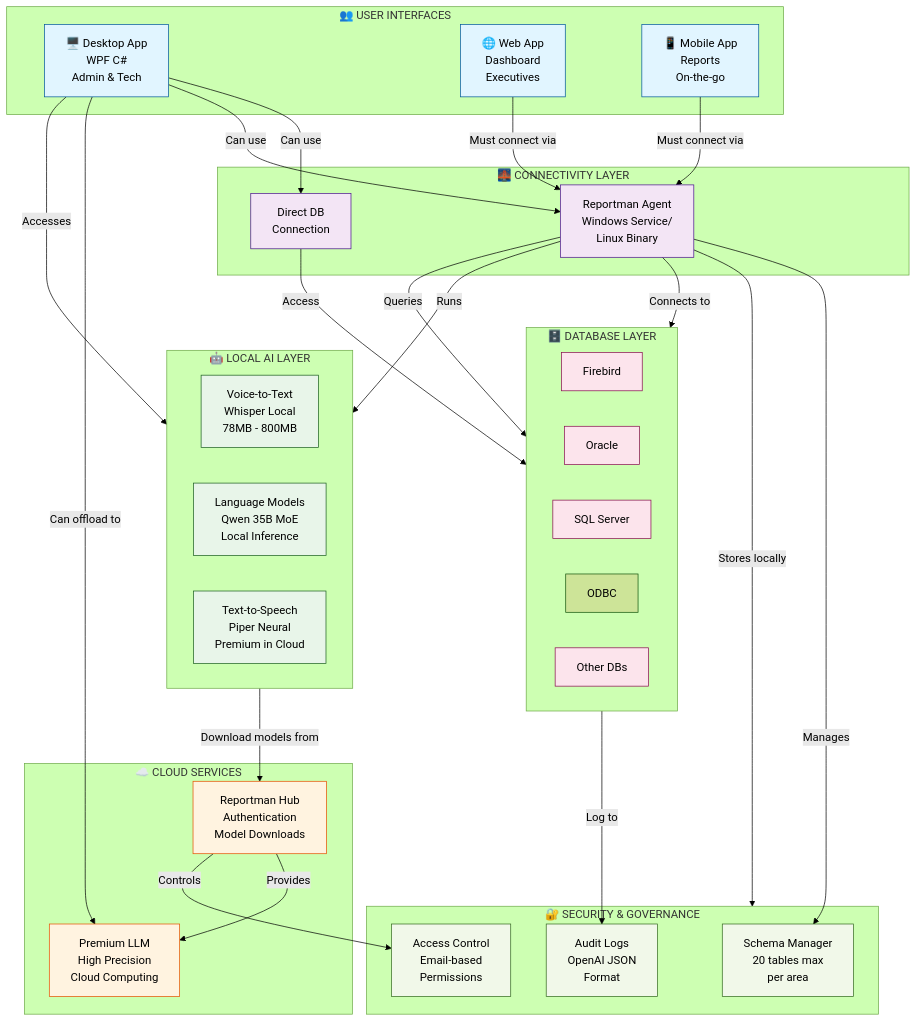
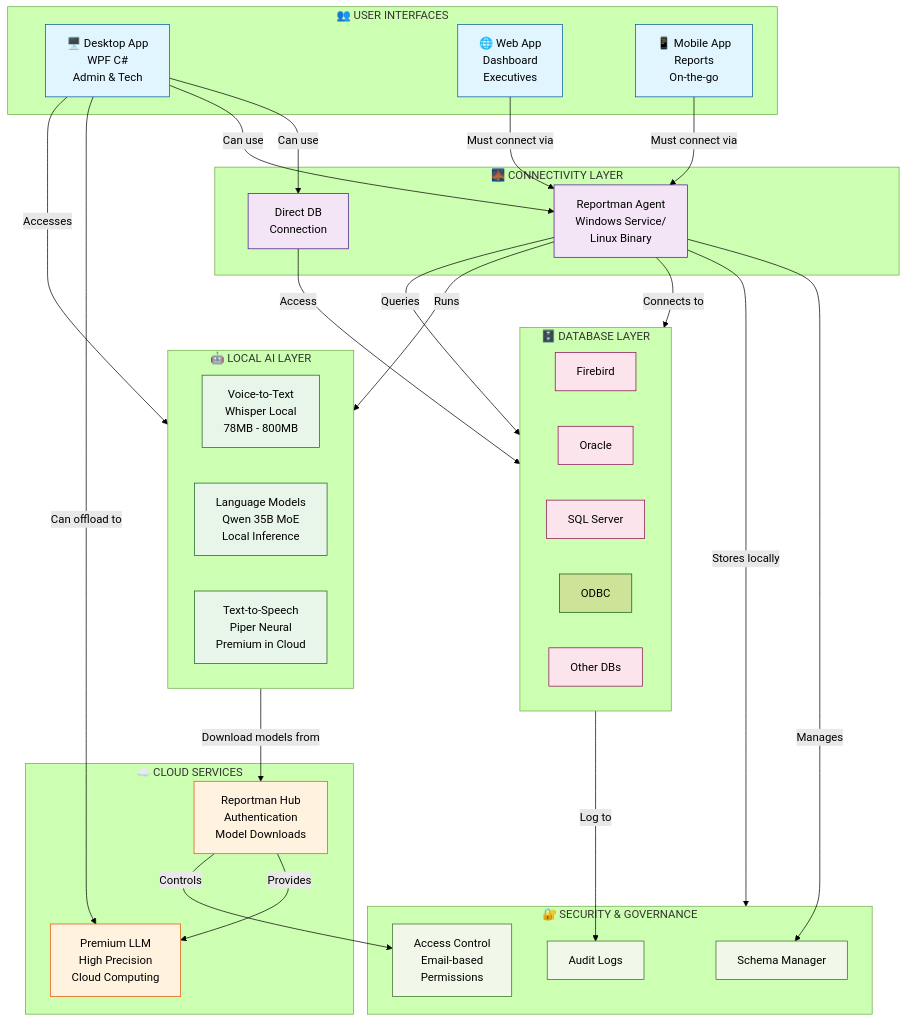
Before and after one commit to tonimartir/ReportmanAIDesktop: the diagram in README.md, drawn with Mermaid (forest theme).

Commit message:
Update schema

````diff
--- a/README.md
+++ b/README.md
@@ -37,82 +37,82 @@
 ```mermaid
 graph TB
     subgraph Users["👥 USER INTERFACES"]
         Desktop["🖥️ Desktop App<br/>WPF C#<br/>Admin & Tech"]
         Web["🌐 Web App<br/>Dashboard<br/>Executives"]
         Mobile["📱 Mobile App<br/>Reports<br/>On-the-go"]
     end
 
     subgraph Connectivity["🌉 CONNECTIVITY LAYER"]
         Direct["Direct DB<br/>Connection"]
         Agent["Reportman Agent<br/>Windows Service/<br/>Linux Binary"]
     end
 
     subgraph LocalAI["🤖 LOCAL AI LAYER"]
         STT["Voice-to-Text<br/>Whisper Local<br/>78MB - 800MB"]
         LLM["Language Models<br/>Qwen 35B MoE<br/>Local Inference"]
         TTS["Text-to-Speech<br/>Piper Neural<br/>Premium in Cloud"]
     end
 
     subgraph CloudServices["☁️ CLOUD SERVICES"]
         Hub["Reportman Hub<br/>Authentication<br/>Model Downloads"]
         Premium["Premium LLM<br/>High Precision<br/>Cloud Computing"]
     end
 
     subgraph Databases["🗄️ DATABASE LAYER"]
         Firebird["Firebird"]
         Oracle["Oracle"]
         SQLServer["SQL Server"]
         ODBC["ODBC"]
         Other["Other DBs"]
     end
 
     subgraph Security["🔐 SECURITY & GOVERNANCE"]
-        Schema["Schema Manager<br/>20 tables max<br/>per area"]
-        Audit["Audit Logs<br/>OpenAI JSON<br/>Format"]
+        Schema["Schema Manager"]
+        Audit["Audit Logs"]
         Access["Access Control<br/>Email-based<br/>Permissions"]
     end
 
     %% Desktop connections
     Desktop -->|Can use| Direct
     Desktop -->|Can use| Agent
     Desktop -->|Accesses| LocalAI
     Desktop -->|Can offload to| Premium
     
     %% Agent connections
     Agent -->|Stores locally| Security
     Agent -->|Connects to| Databases
     Agent -->|Runs| LocalAI
     
     %% Web & Mobile connections
     Web -->|Must connect via| Agent
     Mobile -->|Must connect via| Agent
     
     %% Local AI connections
     LocalAI -->|Download models from| Hub
     
     %% Cloud connections
     Hub -->|Provides| Premium
     
     %% Database connections
     Direct -->|Access| Databases
     Agent -->|Queries| Databases
     
     %% Security connections
     Databases -->|Log to| Audit
     Agent -->|Manages| Schema
     Hub -->|Controls| Access
 
     classDef userUI fill:#e1f5ff,stroke:#01579b,color:#000
     classDef connectLayer fill:#f3e5f5,stroke:#4a148c,color:#000
     classDef aiLayer fill:#e8f5e9,stroke:#1b5e20,color:#000
     classDef cloudLayer fill:#fff3e0,stroke:#e65100,color:#000
     classDef dbLayer fill:#fce4ec,stroke:#880e4f,color:#000
     classDef secLayer fill:#f1f8e9,stroke:#33691e,color:#000
 
     class Desktop,Web,Mobile userUI
     class Direct,Agent connectLayer
     class STT,LLM,TTS aiLayer
     class Hub,Premium cloudLayer
     class Firebird,Oracle,SQLServer,Other dbLayer
     class Schema,Audit,Access secLayer
 ```
````
